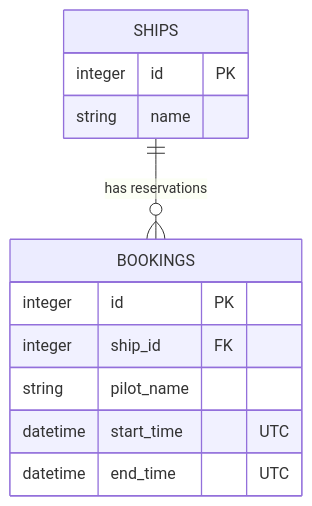
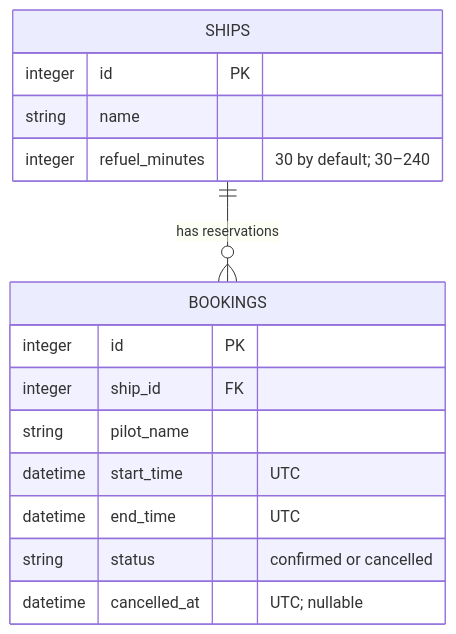
One commit to writetogowthami/spaceport-charter changed the eighth of 9 diagrams in README.md. Above: the diagram before and after it, drawn with Mermaid. The commit also changed other lines of this file and 50 other files, not shown here.

````diff
--- a/README.md
+++ b/README.md
@@ -450,15 +466,18 @@
 ```mermaid
 erDiagram
     SHIPS ||--o{ BOOKINGS : "has reservations"
     SHIPS {
       integer id PK
       string name
+      integer refuel_minutes "30 by default; 30–240"
     }
     BOOKINGS {
       integer id PK
       integer ship_id FK
       string pilot_name
       datetime start_time "UTC"
       datetime end_time "UTC"
+      string status "confirmed or cancelled"
+      datetime cancelled_at "UTC; nullable"
     }
 ```
````
